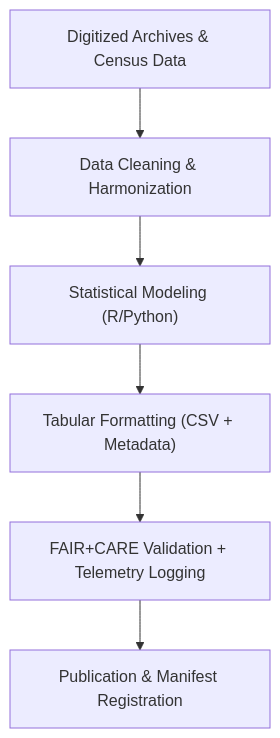
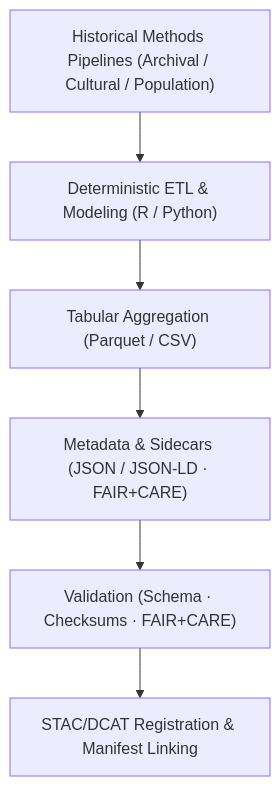
The diagram in docs/analyses/historical/methods/tables/README.md (bartytime4life/Kansas-Frontier-Matrix), drawn with Mermaid before and after one commit. The commit also changed other lines of this file, not shown here.

````diff
--- a/docs/analyses/historical/methods/tables/README.md
+++ b/docs/analyses/historical/methods/tables/README.md
@@ -74,8 +211,9 @@
 ```mermaid
 flowchart TD
-  A["Digitized Archives & Census Data"] --> B["Data Cleaning & Harmonization"]
-  B --> C["Statistical Modeling (R/Python)"]
-  C --> D["Tabular Formatting (CSV + Metadata)"]
-  D --> E["FAIR+CARE Validation + Telemetry Logging"]
-  E --> F["Publication & Manifest Registration"]
+  A["Historical Methods Pipelines (Archival / Cultural / Population)"]
+    --> B["Deterministic ETL & Modeling (R / Python)"]
+  B --> C["Tabular Aggregation (Parquet / CSV)"]
+  C --> D["Metadata & Sidecars (JSON / JSON-LD · FAIR+CARE)"]
+  D --> E["Validation (Schema · Checksums · FAIR+CARE)"]
+  E --> F["STAC/DCAT Registration & Manifest Linking"]
 ```
````
